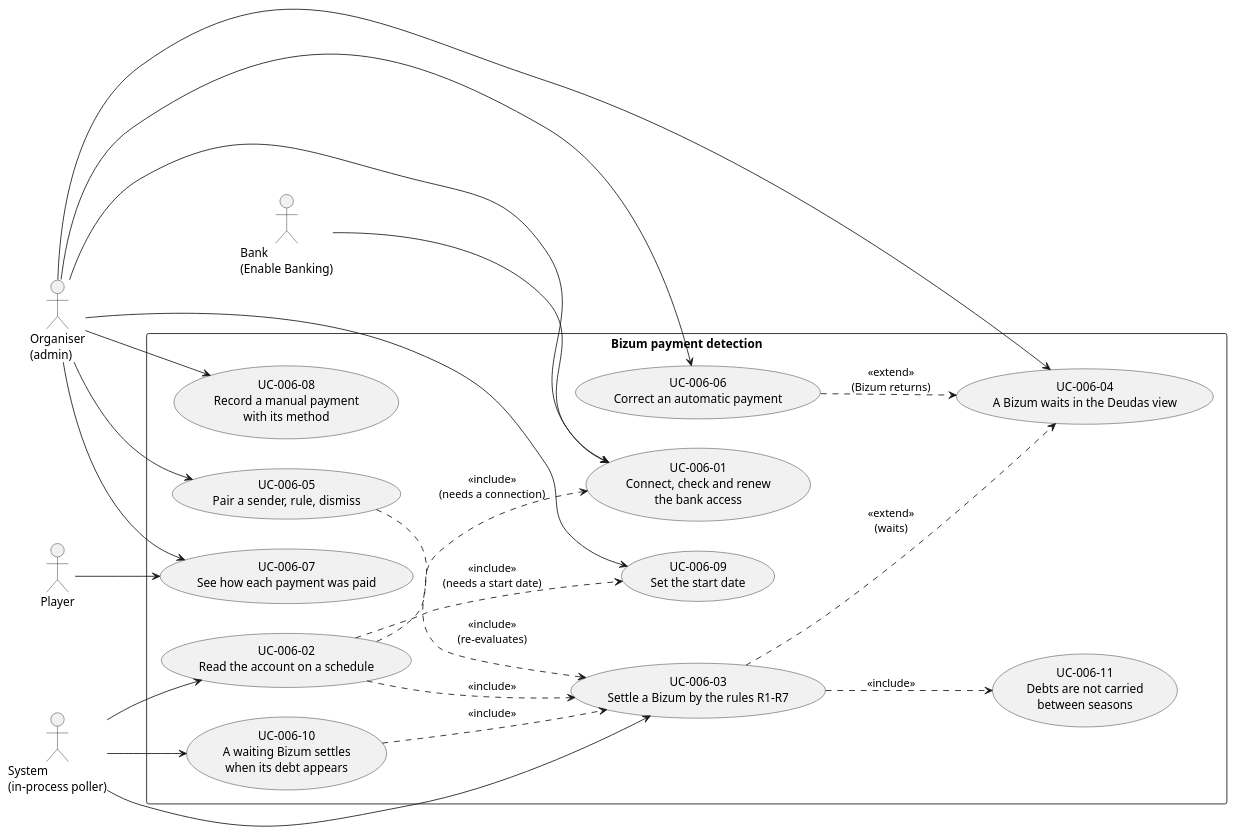
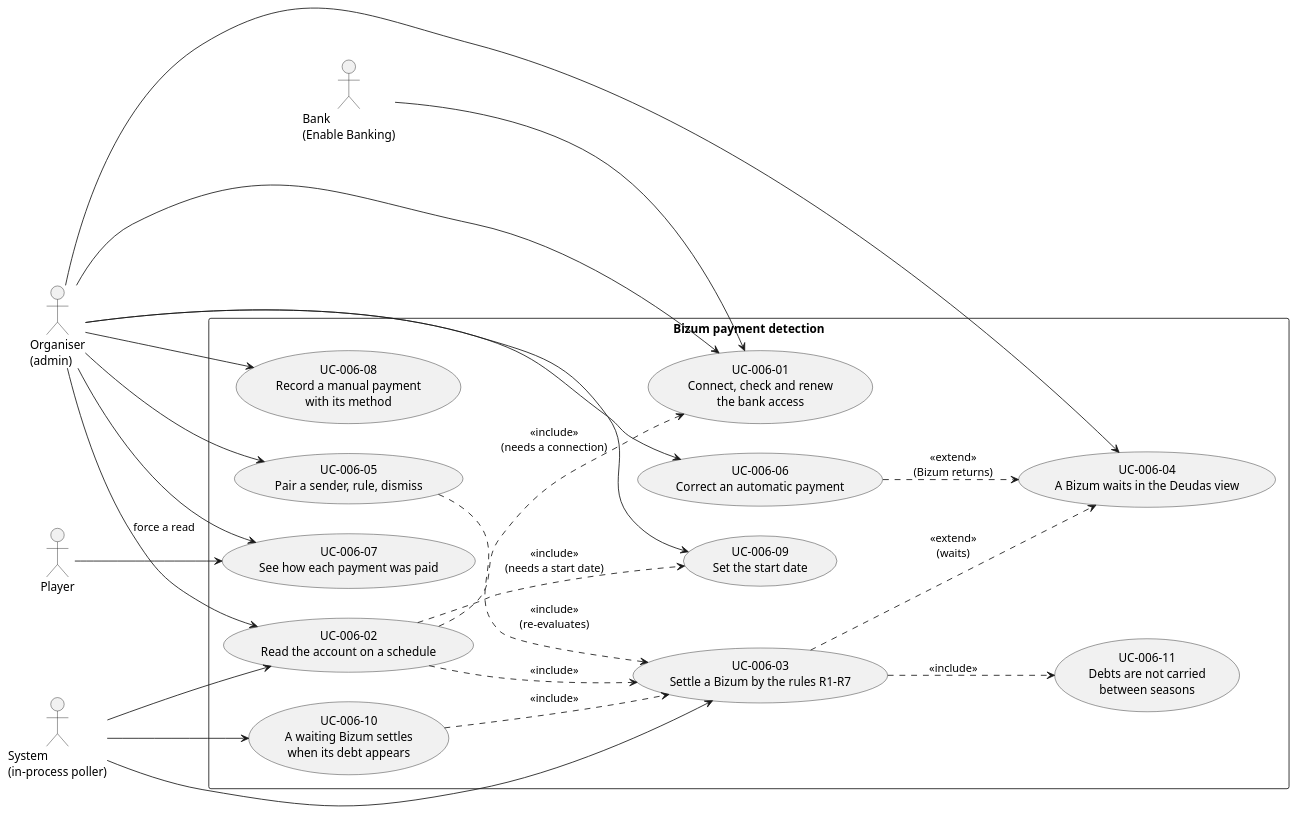
One commit to antoniocamas/pachanguero changed the diagram in specs/active/WP-006-bizum-payment-detection/requirements/diagrams/use-cases.puml. Above: the diagram before and after it, drawn with PlantUML. The commit also changed 8 other files, not shown here.

```diff
--- a/specs/active/WP-006-bizum-payment-detection/requirements/diagrams/use-cases.puml
+++ b/specs/active/WP-006-bizum-payment-detection/requirements/diagrams/use-cases.puml
@@ -1,45 +1,46 @@
 @startuml
 left to right direction
 skinparam packageStyle rectangle
 
 actor "Organiser\n(admin)" as Org
 actor "Bank\n(Enable Banking)" as Bank
 actor "Player" as Player
 actor "System\n(in-process poller)" as Sys
 
 rectangle "Bizum payment detection" {
   usecase "UC-006-01\nConnect, check and renew\nthe bank access" as UC01
   usecase "UC-006-09\nSet the start date" as UC09
   usecase "UC-006-02\nRead the account on a schedule" as UC02
   usecase "UC-006-03\nSettle a Bizum by the rules R1-R7" as UC03
   usecase "UC-006-11\nDebts are not carried\nbetween seasons" as UC11
   usecase "UC-006-04\nA Bizum waits in the Deudas view" as UC04
   usecase "UC-006-05\nPair a sender, rule, dismiss" as UC05
   usecase "UC-006-10\nA waiting Bizum settles\nwhen its debt appears" as UC10
   usecase "UC-006-08\nRecord a manual payment\nwith its method" as UC08
   usecase "UC-006-06\nCorrect an automatic payment" as UC06
   usecase "UC-006-07\nSee how each payment was paid" as UC07
 }
 
 Org --> UC01
 Org --> UC09
+Org --> UC02 : force a read
 Org --> UC05
 Org --> UC06
 Org --> UC07
 Org --> UC08
 Org --> UC04
 Player --> UC07
 Bank --> UC01
 Sys --> UC02
 Sys --> UC03
 Sys --> UC10
 
 UC02 ..> UC03 : <<include>>
 UC03 ..> UC11 : <<include>>
 UC03 ..> UC04 : <<extend>>\n(waits)
 UC10 ..> UC03 : <<include>>
 UC05 ..> UC03 : <<include>>\n(re-evaluates)
 UC02 ..> UC01 : <<include>>\n(needs a connection)
 UC02 ..> UC09 : <<include>>\n(needs a start date)
 UC06 ..> UC04 : <<extend>>\n(Bizum returns)
 @enduml
```
